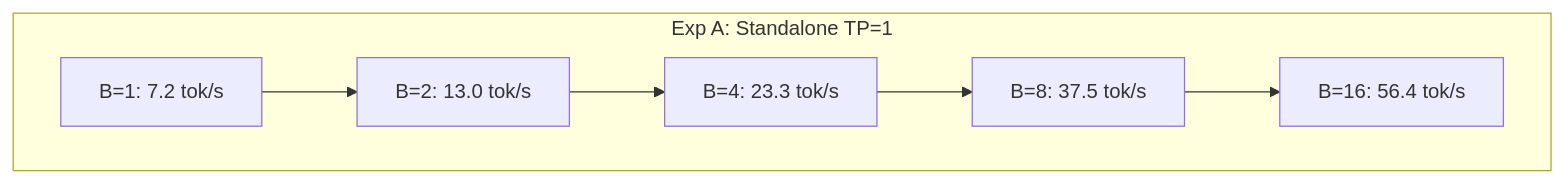
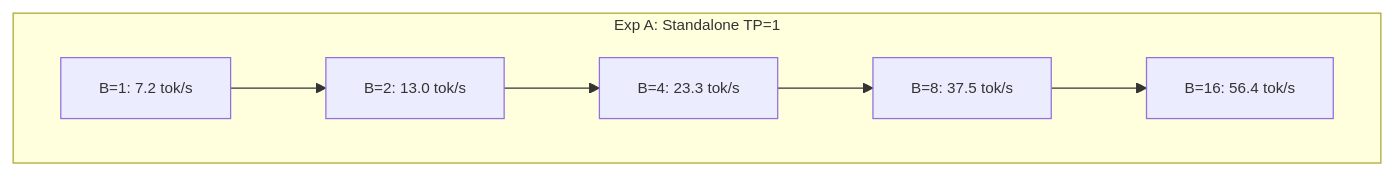
One commit to vknaik/llm-d changed the first of 4 diagrams in guides/pd-disaggregation/modelserver/aiu/docs/disagg-pd-performance-comparison-analysis.md. Above: the diagram before and after it, drawn with Mermaid. The commit also changed other lines of this file and 5 other files, not shown here.

````diff
--- a/guides/pd-disaggregation/modelserver/aiu/docs/disagg-pd-performance-comparison-analysis.md
+++ b/guides/pd-disaggregation/modelserver/aiu/docs/disagg-pd-performance-comparison-analysis.md
@@ -523,9 +531,10 @@
 ```mermaid
+%%{init: {'themeVariables': {'fontSize': '12px', 'fontFamily': 'IBM Plex Sans, sans-serif'}}}%%
 graph TD
     subgraph Standalone_TP1 [Exp A: Standalone TP=1]
         A1[B=1: 7.2 tok/s] --> A2[B=2: 13.0 tok/s]
         A2 --> A4[B=4: 23.3 tok/s]
         A4 --> A8[B=8: 37.5 tok/s]
         A8 --> A16[B=16: 56.4 tok/s]
     end
 ```
````
